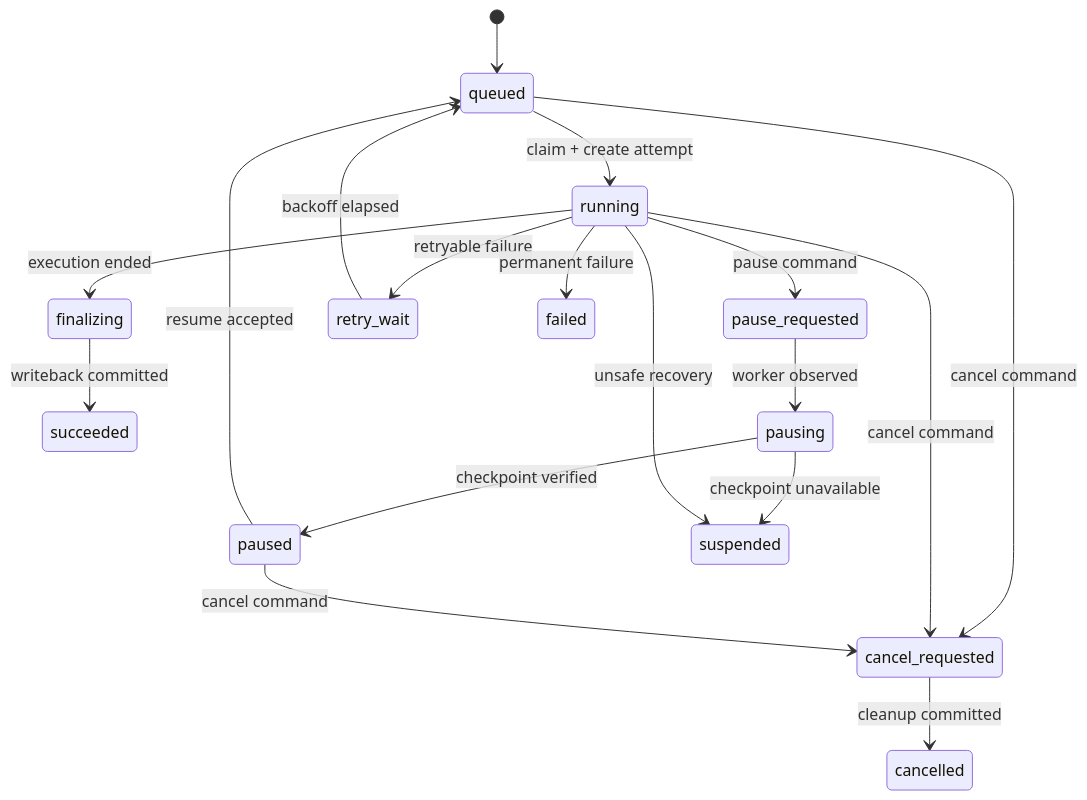
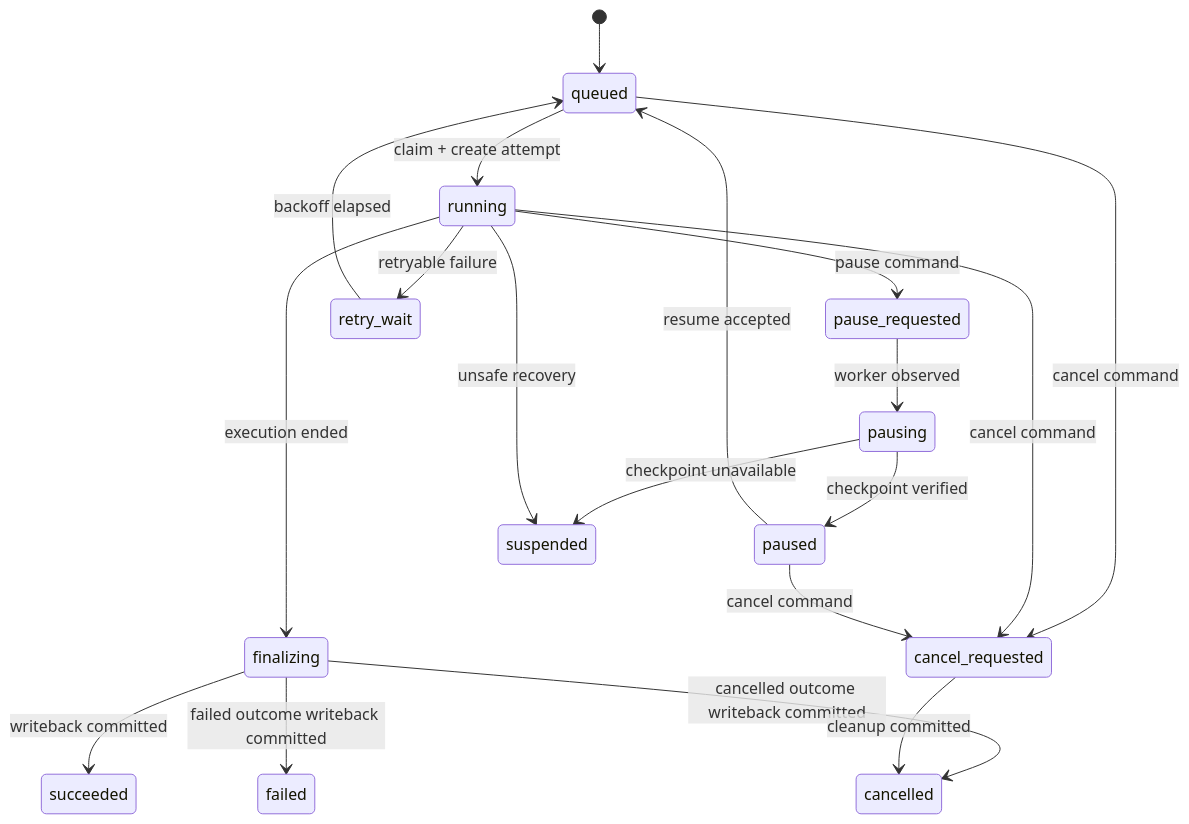
Before and after one commit to Flandern1211/YouDaoNoteLM2: the second of 3 diagrams in docs/superpowers/specs/2026-07-28-project-agent-harness-architecture.md, drawn with Mermaid. The commit also changed other lines of this file and 12 other files, not shown here.

````diff
--- a/docs/superpowers/specs/2026-07-28-project-agent-harness-architecture.md
+++ b/docs/superpowers/specs/2026-07-28-project-agent-harness-architecture.md
@@ -258,20 +258,21 @@
 ```mermaid
 stateDiagram-v2
     [*] --> queued
     queued --> running: claim + create attempt
     running --> finalizing: execution ended
     finalizing --> succeeded: writeback committed
+    finalizing --> failed: failed outcome writeback committed
+    finalizing --> cancelled: cancelled outcome writeback committed
     running --> pause_requested: pause command
     pause_requested --> pausing: worker observed
     pausing --> paused: checkpoint verified
     paused --> queued: resume accepted
     running --> retry_wait: retryable failure
     retry_wait --> queued: backoff elapsed
     queued --> cancel_requested: cancel command
     running --> cancel_requested: cancel command
     paused --> cancel_requested: cancel command
     cancel_requested --> cancelled: cleanup committed
-    running --> failed: permanent failure
     pausing --> suspended: checkpoint unavailable
     running --> suspended: unsafe recovery
 ```
````
